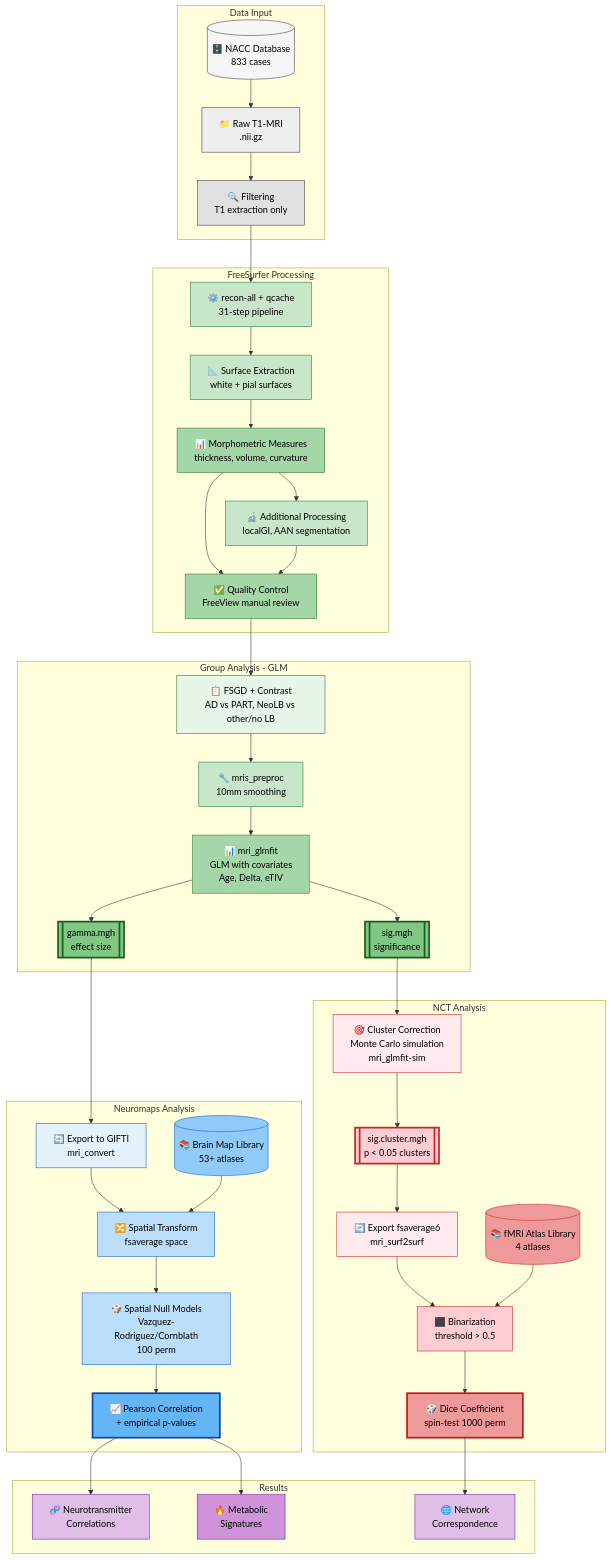
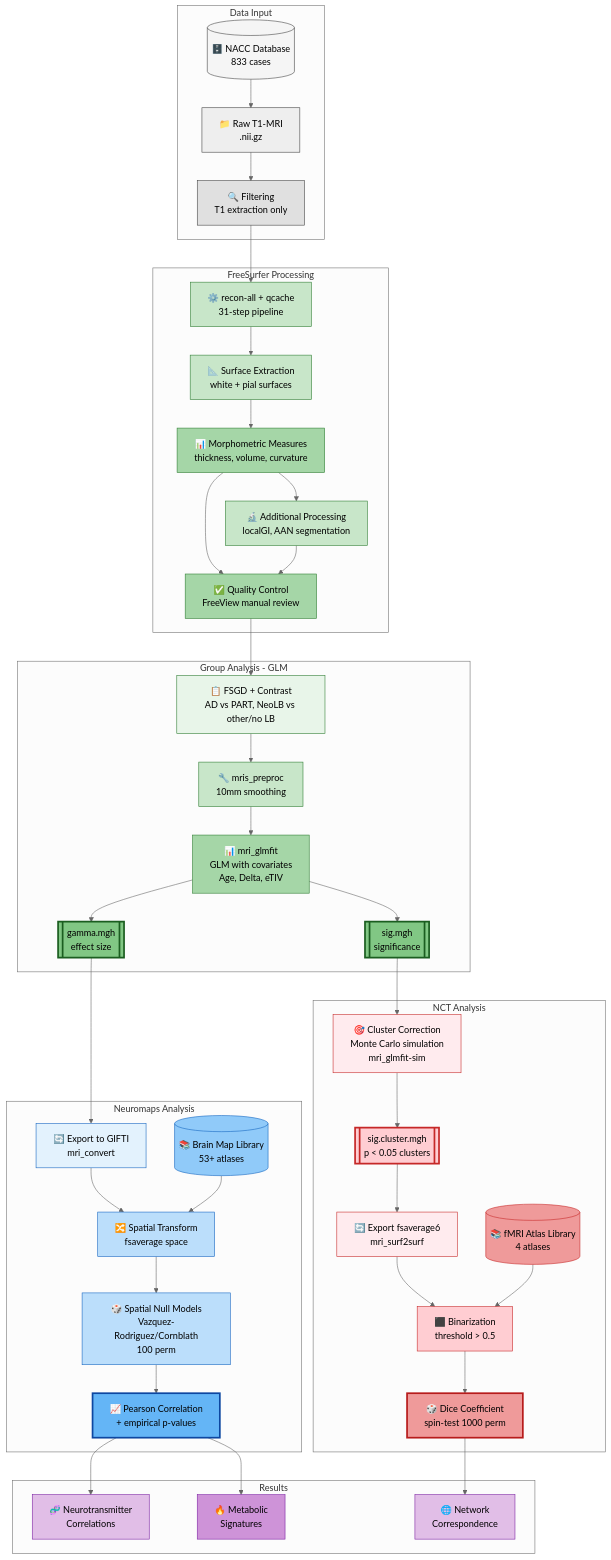
The diagram in README.md (luisAraujo11/Thesis), drawn with Mermaid before and after one commit.

Commit message:
Final images

````diff
--- a/README.md
+++ b/README.md
@@ -16,5 +16,5 @@
 ```mermaid
-%%{init: {'theme': 'default'}}%%
+%%{init: {'theme': 'neutral'}}%%
 flowchart TD
     %% ============ DATA INPUT ============
     subgraph INPUT["Data Input"]
````
